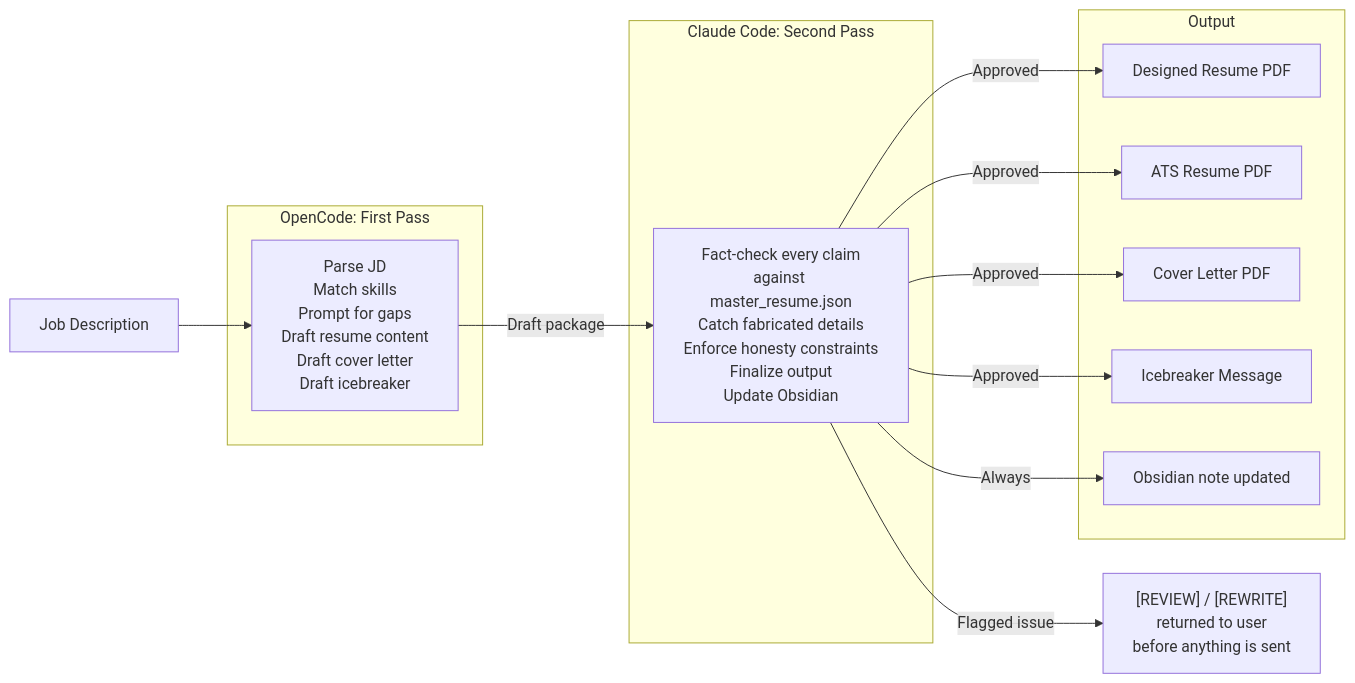
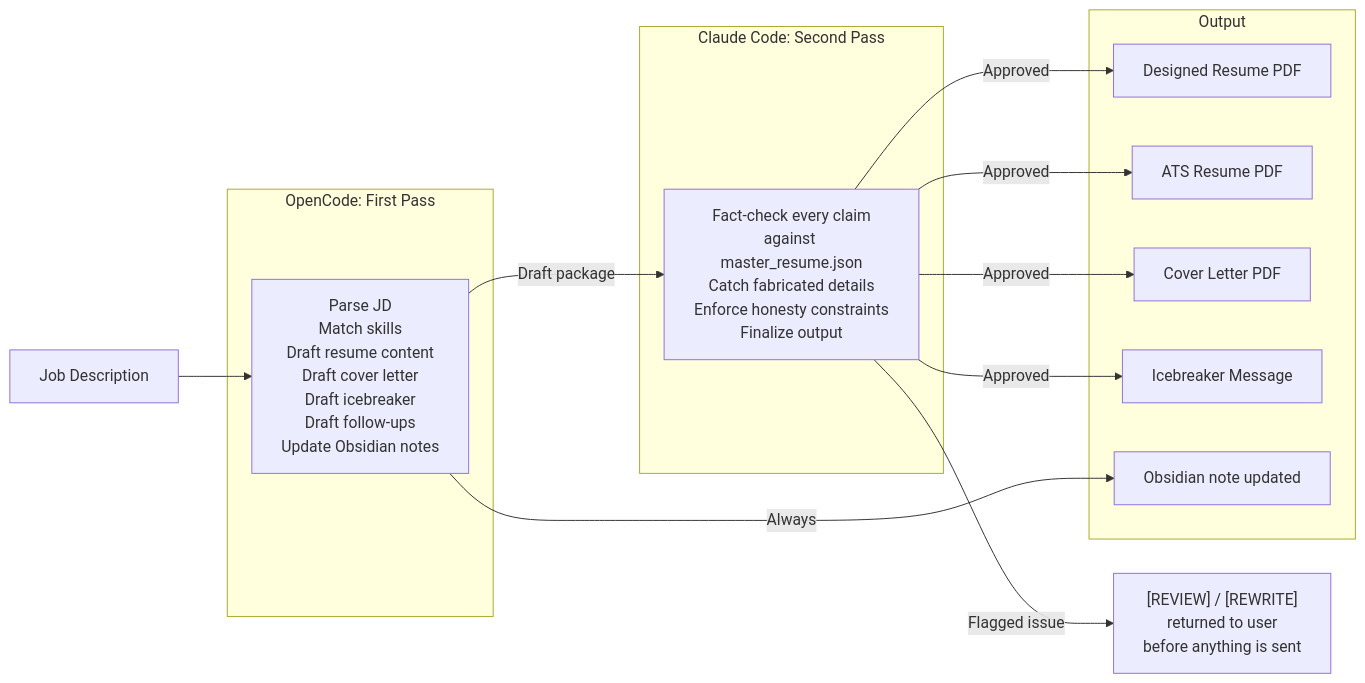
The third of 3 diagrams in WORKFLOW.md (iacsha/hirecraft), drawn with Mermaid before and after one commit. The commit also changed other lines of this file, not shown here.

Commit message:
Correct AI attribution: OpenCode owns all drafting and Obsidian updates, Claude owns fact-check only

````diff
--- a/WORKFLOW.md
+++ b/WORKFLOW.md
@@ -123,29 +123,29 @@
 ```mermaid
 flowchart LR
     JD["Job Description"] --> OC
 
     subgraph OC_BOX ["OpenCode: First Pass"]
-        OC["Parse JD\nMatch skills\nPrompt for gaps\nDraft resume content\nDraft cover letter\nDraft icebreaker"]
+        OC["Parse JD\nMatch skills\nDraft resume content\nDraft cover letter\nDraft icebreaker\nDraft follow-ups\nUpdate Obsidian notes"]
     end
 
     subgraph CL_BOX ["Claude Code: Second Pass"]
-        CL["Fact-check every claim\nagainst master_resume.json\nCatch fabricated details\nEnforce honesty constraints\nFinalize output\nUpdate Obsidian"]
+        CL["Fact-check every claim\nagainst master_resume.json\nCatch fabricated details\nEnforce honesty constraints\nFinalize output"]
     end
 
     subgraph OUT_BOX ["Output"]
         R["Designed Resume PDF"]
         A["ATS Resume PDF"]
         C["Cover Letter PDF"]
         I["Icebreaker Message"]
         O["Obsidian note updated"]
     end
 
     OC -->|Draft package| CL
+    OC -->|Always| O
     CL -->|Approved| R
     CL -->|Approved| A
     CL -->|Approved| C
     CL -->|Approved| I
-    CL -->|Always| O
 
     CL -->|Flagged issue| FLAG["[REVIEW] / [REWRITE]\nreturned to user\nbefore anything is sent"]
 ```
````
